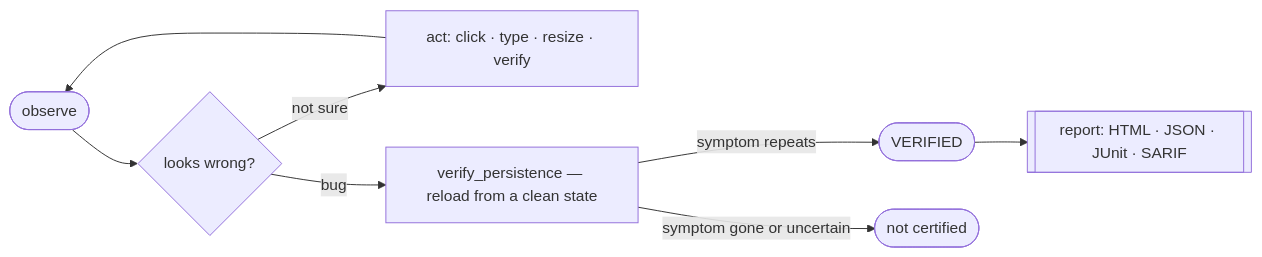
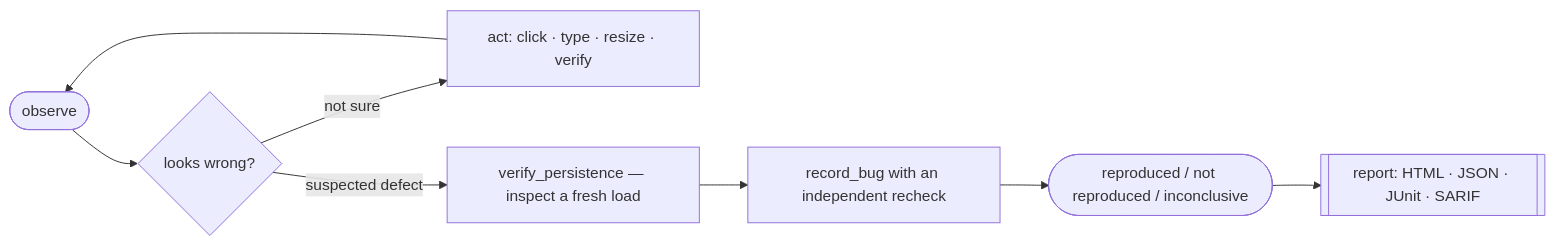
Before and after one commit to chriswu727/argus: the diagram in README.md, drawn with Mermaid. The commit also changed other lines of this file and 1 other file, not shown here.

````diff
--- a/README.md
+++ b/README.md
@@ -98,10 +98,10 @@
 ```mermaid
 flowchart LR
     A(["observe"]) --> B{"looks wrong?"}
     B -->|not sure| C["act: click · type · resize · verify"]
     C --> A
-    B -->|bug| D["verify_persistence — reload from a clean state"]
-    D -->|symptom repeats| E(["VERIFIED"])
-    D -->|symptom gone or uncertain| F(["not certified"])
-    E --> G[["report: HTML · JSON · JUnit · SARIF"]]
+    B -->|suspected defect| D["verify_persistence — inspect a fresh load"]
+    D --> E["record_bug with an independent recheck"]
+    E --> F(["reproduced / not reproduced / inconclusive"])
+    F --> G[["report: HTML · JSON · JUnit · SARIF"]]
 ```
````
